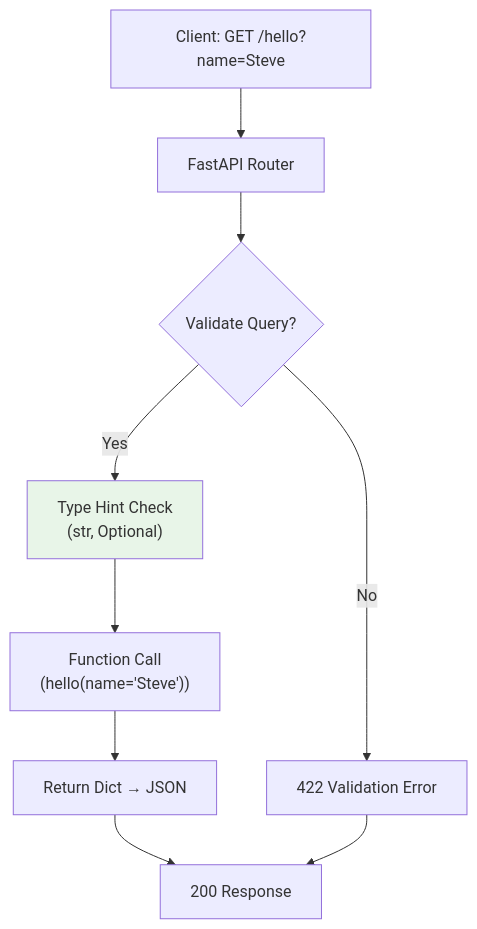
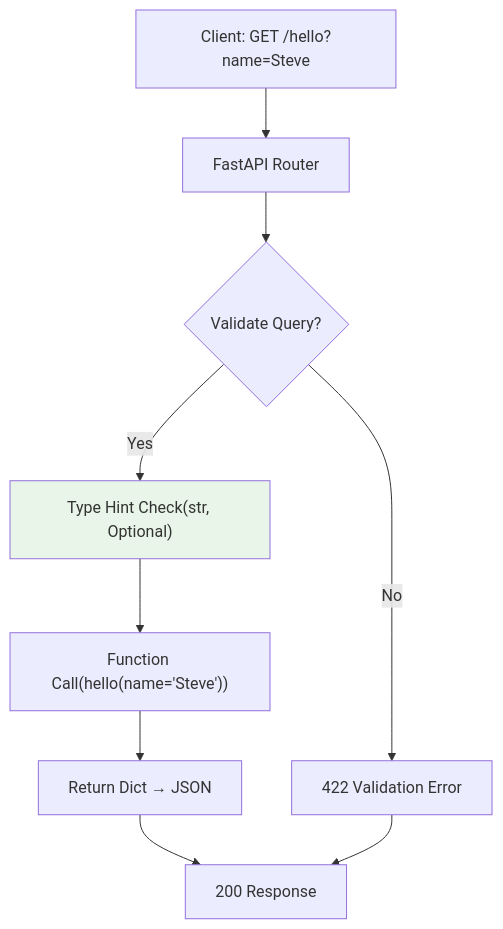
Before and after one commit to anandtopu/introduction-to-fast-api: the second of 2 diagrams in Basics/Introduction_to_get_requests.md, drawn with Mermaid.

Commit message:
introductio to get requests in fastapi

````diff
--- a/Basics/Introduction_to_get_requests.md
+++ b/Basics/Introduction_to_get_requests.md
@@ -96,13 +96,13 @@
 ```mermaid
 flowchart TD
     A["Client: GET /hello?name=Steve"] --> B["FastAPI Router"]
     B --> C{"Validate Query?"}
-    C -->|Yes| D["Type Hint Check\n(str, Optional)"]
-    D --> E["Function Call\n(hello(name='Steve'))"]
+    C -->|Yes| D["Type Hint Check(str, Optional)"]
+    D --> E["Function Call(hello(name='Steve'))"]
     E --> F["Return Dict → JSON"]
     F --> G["200 Response"]
     C -->|No| H["422 Validation Error"]
     H --> G
     style D fill:#e8f5e8
 
 ```
````
